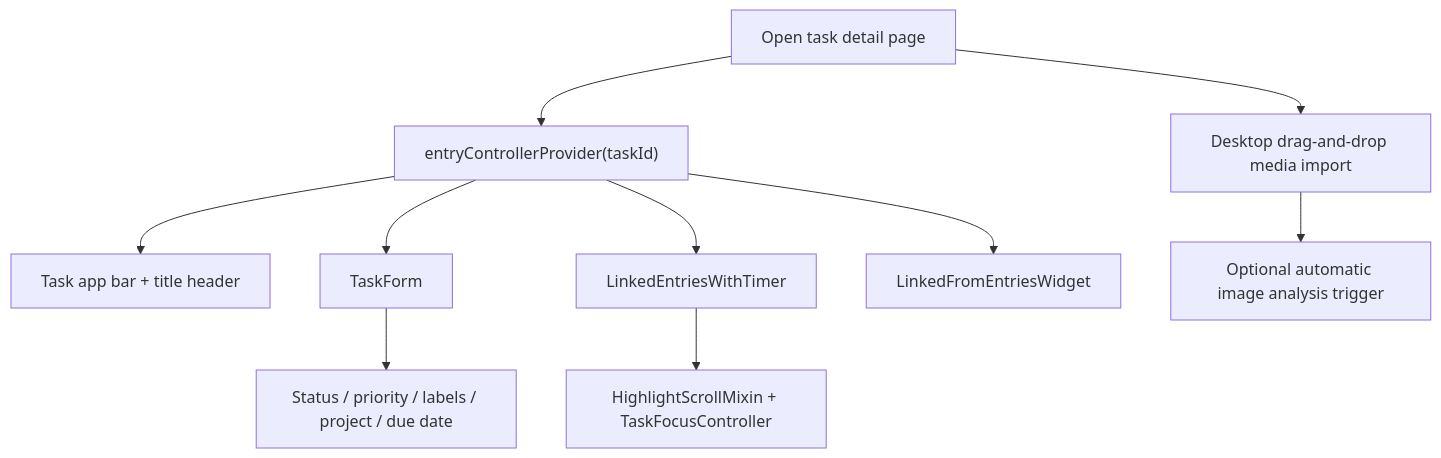
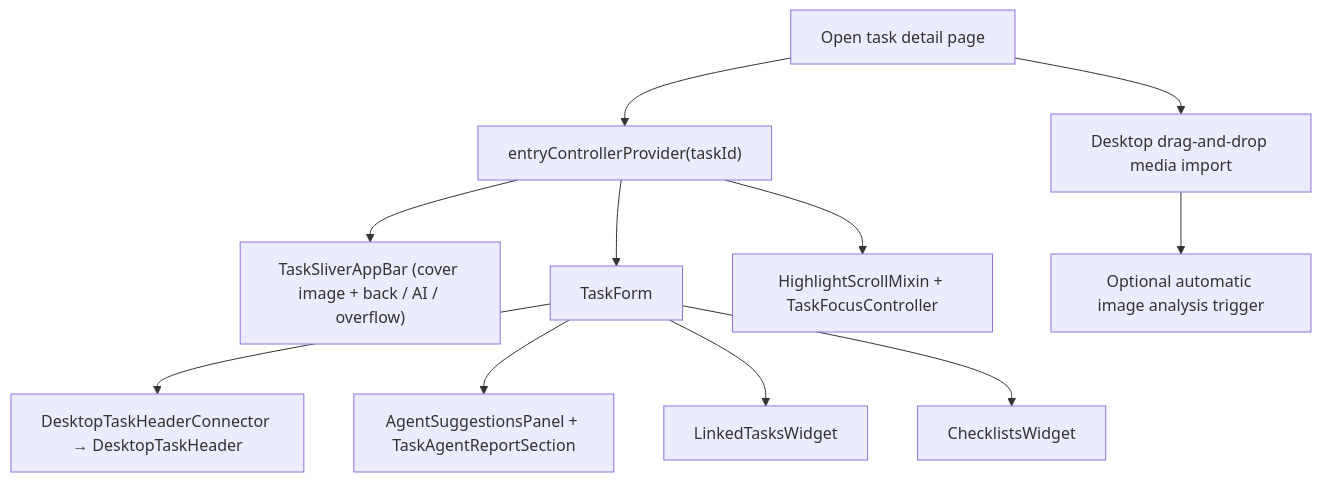
The third of 10 diagrams in lib/features/tasks/README.md (matthiasn/lotti), drawn with Mermaid before and after one commit. The commit also changed other lines of this file and 78 other files, not shown here.

Commit message:
feat: new task header (#2979)

````diff
--- a/lib/features/tasks/README.md
+++ b/lib/features/tasks/README.md
@@ -145,12 +144,13 @@
 ```mermaid
 flowchart TD
   Open["Open task detail page"] --> Load["entryControllerProvider(taskId)"]
-  Load --> Header["Task app bar + title header"]
+  Load --> AppBar["TaskSliverAppBar (cover image + back / AI / overflow)"]
   Load --> Form["TaskForm"]
-  Load --> Linked["LinkedEntriesWithTimer"]
-  Load --> LinkedFrom["LinkedFromEntriesWidget"]
-  Linked --> Focus["HighlightScrollMixin + TaskFocusController"]
-  Form --> HeaderControls["Status / priority / labels / project / due date"]
+  Form --> Header["DesktopTaskHeaderConnector → DesktopTaskHeader"]
+  Form --> Agents["AgentSuggestionsPanel + TaskAgentReportSection"]
+  Form --> Linked["LinkedTasksWidget"]
+  Form --> Checklists["ChecklistsWidget"]
+  Load --> Focus["HighlightScrollMixin + TaskFocusController"]
   Open --> Drop["Desktop drag-and-drop media import"]
   Drop --> ImageAnalysis["Optional automatic image analysis trigger"]
 ```
````
